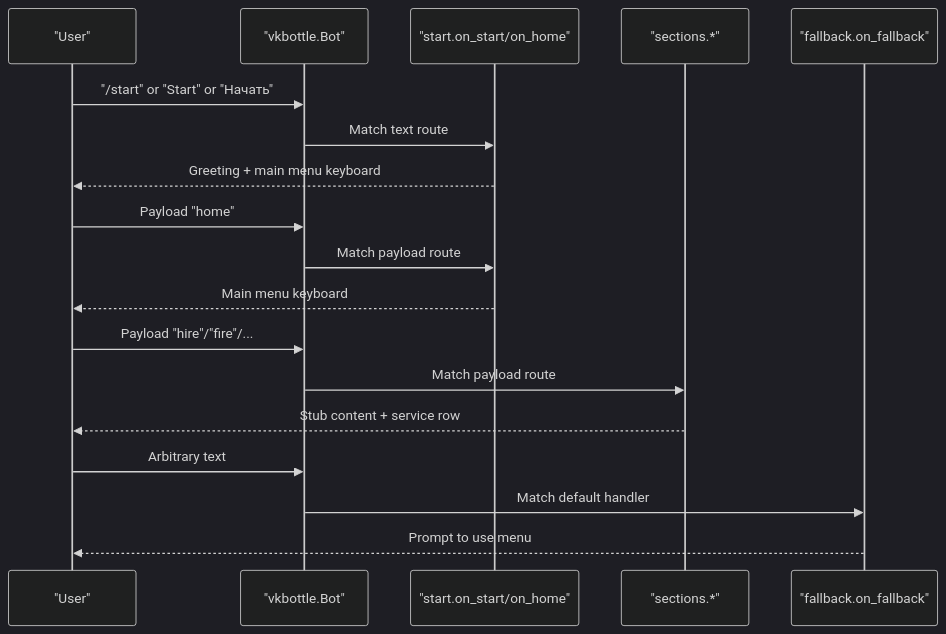
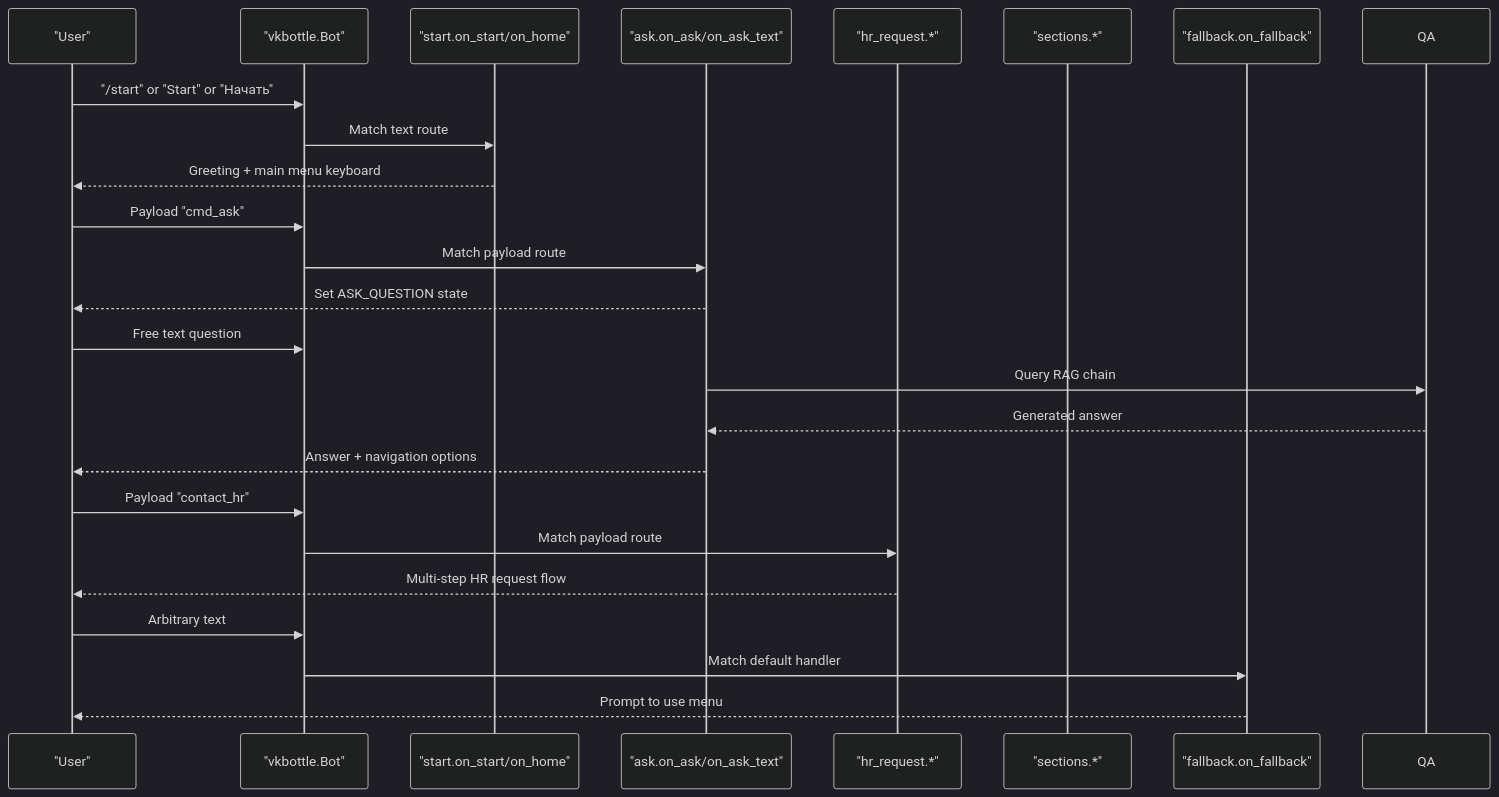
Before and after one commit to ognelis/cafetera_hr_bot: the sixth of 10 diagrams in .qoder/repowiki/en/content/VK Integration/VK Integration.md, drawn with Mermaid (dark theme). The commit also changed other lines of this file and 8 other files, not shown here.

````diff
--- a/.qoder/repowiki/en/content/VK Integration/VK Integration.md
+++ b/.qoder/repowiki/en/content/VK Integration/VK Integration.md
@@ -172,20 +304,26 @@
 ```mermaid
 sequenceDiagram
 participant User as "User"
 participant Bot as "vkbottle.Bot"
 participant Start as "start.on_start/on_home"
+participant Ask as "ask.on_ask/on_ask_text"
+participant HR as "hr_request.*"
 participant Sections as "sections.*"
 participant Fallback as "fallback.on_fallback"
 User->>Bot : "/start" or "Start" or "Начать"
 Bot->>Start : Match text route
 Start-->>User : Greeting + main menu keyboard
-User->>Bot : Payload "home"
-Bot->>Start : Match payload route
-Start-->>User : Main menu keyboard
-User->>Bot : Payload "hire"/"fire"/...
-Bot->>Sections : Match payload route
-Sections-->>User : Stub content + service row
+User->>Bot : Payload "cmd_ask"
+Bot->>Ask : Match payload route
+Ask-->>User : Set ASK_QUESTION state
+User->>Bot : Free text question
+Ask->>QA : Query RAG chain
+QA-->>Ask : Generated answer
+Ask-->>User : Answer + navigation options
+User->>Bot : Payload "contact_hr"
+Bot->>HR : Match payload route
+HR-->>User : Multi-step HR request flow
 User->>Bot : Arbitrary text
 Bot->>Fallback : Match default handler
 Fallback-->>User : Prompt to use menu
 ```
````
